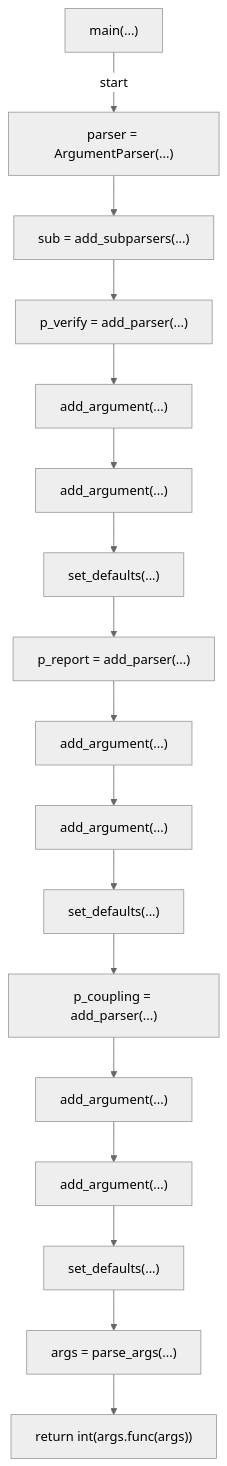
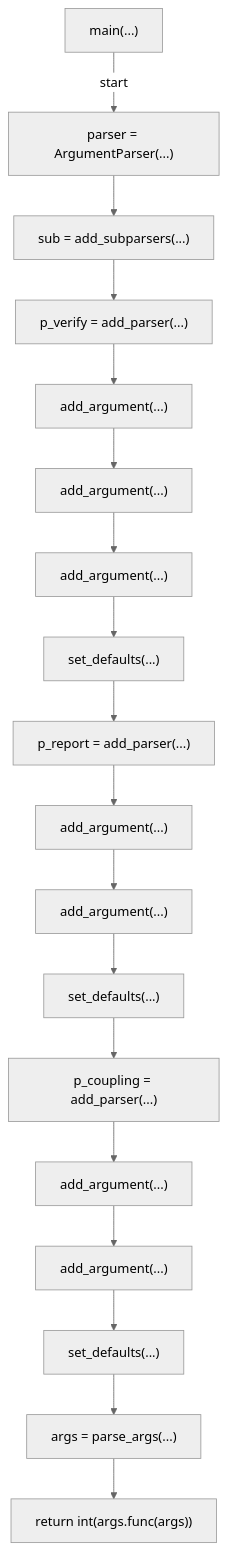
Before and after one commit to tvna/claude-md: diagram 21 of 21 in docs/generated/scripts/ast/scan_design_philosophy_drift.md, drawn with Mermaid (neutral theme). The commit also changed other lines of this file and 1 other file, not shown here.

First line of the commit message:
docs(generated): regenerate decision tree and workflow diagrams

````diff
--- a/docs/generated/scripts/ast/scan_design_philosophy_drift.md
+++ b/docs/generated/scripts/ast/scan_design_philosophy_drift.md
@@ -426,36 +456,38 @@
 ```mermaid
 flowchart TD
     N001["main(...)"]
     N002["parser = ArgumentParser(...)"]
     N003["sub = add_subparsers(...)"]
     N004["p_verify = add_parser(...)"]
     N005["add_argument(...)"]
     N006["add_argument(...)"]
-    N007["set_defaults(...)"]
-    N008["p_report = add_parser(...)"]
-    N009["add_argument(...)"]
+    N007["add_argument(...)"]
+    N008["set_defaults(...)"]
+    N009["p_report = add_parser(...)"]
     N010["add_argument(...)"]
-    N011["set_defaults(...)"]
-    N012["p_coupling = add_parser(...)"]
-    N013["add_argument(...)"]
+    N011["add_argument(...)"]
+    N012["set_defaults(...)"]
+    N013["p_coupling = add_parser(...)"]
     N014["add_argument(...)"]
-    N015["set_defaults(...)"]
-    N016["args = parse_args(...)"]
-    N017["return int(args.func(args))"]
+    N015["add_argument(...)"]
+    N016["set_defaults(...)"]
+    N017["args = parse_args(...)"]
+    N018["return int(args.func(args))"]
     N001 -->|"start"| N002
     N002 --> N003
     N003 --> N004
     N004 --> N005
     N005 --> N006
     N006 --> N007
     N007 --> N008
     N008 --> N009
     N009 --> N010
     N010 --> N011
     N011 --> N012
     N012 --> N013
     N013 --> N014
     N014 --> N015
     N015 --> N016
     N016 --> N017
+    N017 --> N018
 ```
````
